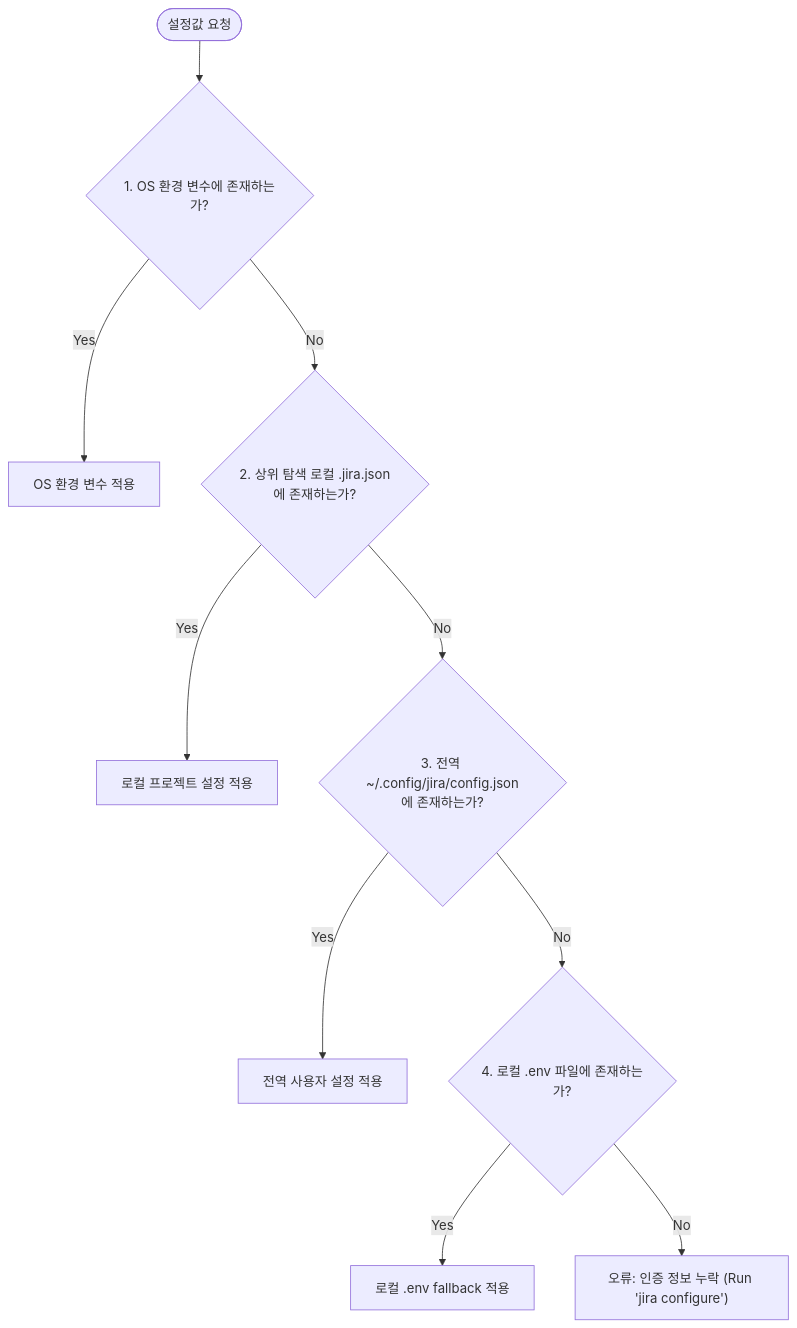
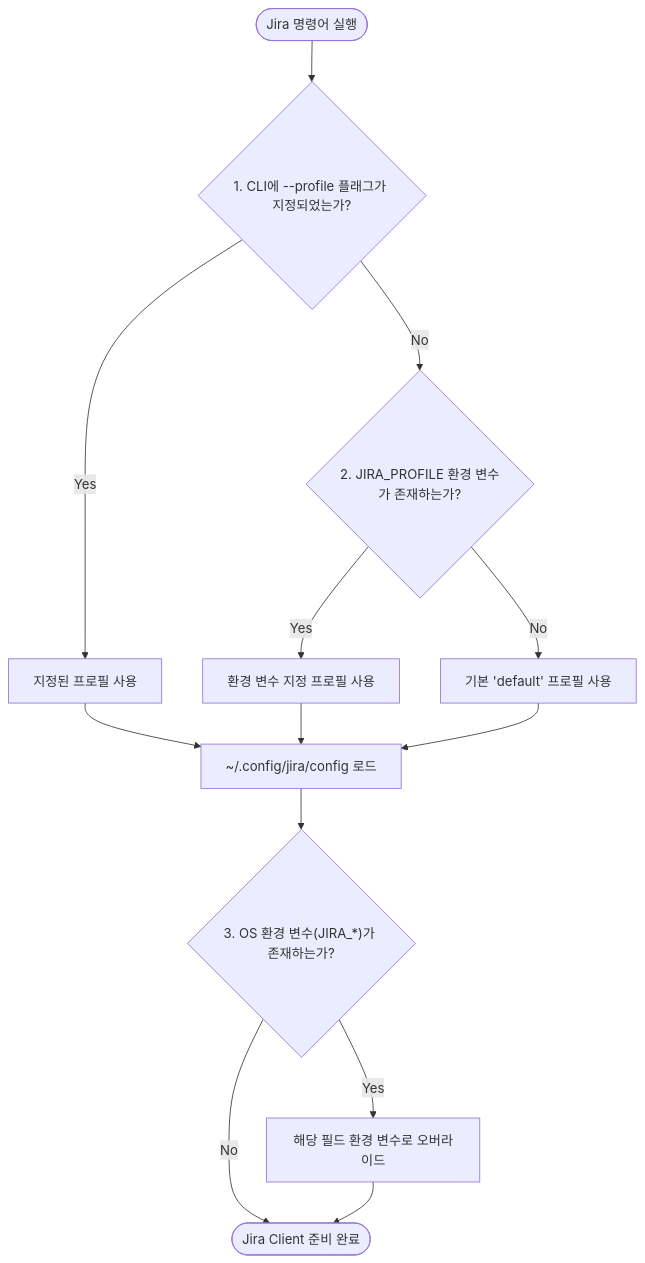
The diagram in docs/02_CONFIGURATION.md (joincdream/jira-cli), drawn with Mermaid before and after one commit. The commit also changed other lines of this file and 12 other files, not shown here.

First line of the commit message:
feat: AI Agent 포맷(--md, --json) 지원 및 로컬 프로젝트 프로필(.jira-profile) 자동 인식 기능 추가

````diff
--- a/docs/02_CONFIGURATION.md
+++ b/docs/02_CONFIGURATION.md
@@ -11,15 +11,18 @@
 ```mermaid
 flowchart TD
-    Start([설정값 요청]) --> EnvCheck{"1. OS 환경 변수에 존재하는가?"}
-    EnvCheck -->|Yes| UseEnv[OS 환경 변수 적용]
-    EnvCheck -->|No| LocalCheck{"2. 상위 탐색 로컬 .jira.json에 존재하는가?"}
+    Start([Jira 명령어 실행]) --> ProfileCheck{"1. CLI에 --profile 플래그가 지정되었는가?"}
+    ProfileCheck -->|Yes| UseFlagProfile[지정된 프로필 사용]
+    ProfileCheck -->|No| EnvProfileCheck{"2. JIRA_PROFILE 환경 변수가 존재하는가?"}
     
-    LocalCheck -->|Yes| UseLocal[로컬 프로젝트 설정 적용]
-    LocalCheck -->|No| GlobalCheck{"3. 전역 ~/.config/jira/config.json에 존재하는가?"}
+    EnvProfileCheck -->|Yes| UseEnvProfile[환경 변수 지정 프로필 사용]
+    EnvProfileCheck -->|No| UseDefaultProfile[기본 'default' 프로필 사용]
     
-    GlobalCheck -->|Yes| UseGlobal[전역 사용자 설정 적용]
-    GlobalCheck -->|No| DotEnvCheck{"4. 로컬 .env 파일에 존재하는가?"}
+    UseFlagProfile --> LoadFile[~/.config/jira/config 로드]
+    UseEnvProfile --> LoadFile
+    UseDefaultProfile --> LoadFile
     
-    DotEnvCheck -->|Yes| UseDotEnv[로컬 .env fallback 적용]
-    DotEnvCheck -->|No| Error["오류: 인증 정보 누락 (Run 'jira configure')"]
+    LoadFile --> EnvOverrideCheck{"3. OS 환경 변수(JIRA_*)가 존재하는가?"}
+    EnvOverrideCheck -->|Yes| ApplyOverride[해당 필드 환경 변수로 오버라이드]
+    EnvOverrideCheck -->|No| Ready([Jira Client 준비 완료])
+    ApplyOverride --> Ready
 ```
````
